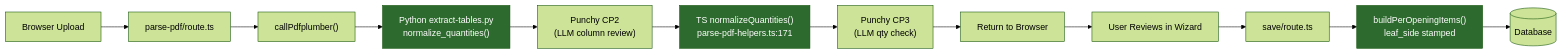
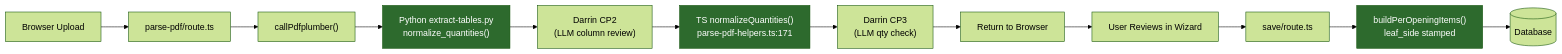
One commit to matt-RHC/door-hardware-tracker changed the second of 10 diagrams in docs/architecture/extraction-pipeline.md. Above: the diagram before and after it, drawn with Mermaid (forest theme). The commit also changed other lines of this file and 42 other files, not shown here.

First line of the commit message:
refactor: rename Punchy to Darrin across codebase

````diff
--- a/docs/architecture/extraction-pipeline.md
+++ b/docs/architecture/extraction-pipeline.md
@@ -78,18 +78,18 @@
 ```mermaid
 flowchart LR
     A["Browser Upload"] --> B["parse-pdf/route.ts"]
     B --> C["callPdfplumber()"]
     C --> D["Python extract-tables.py<br/>normalize_quantities()"]
-    D --> E["Punchy CP2<br/>(LLM column review)"]
+    D --> E["Darrin CP2<br/>(LLM column review)"]
     E --> F["TS normalizeQuantities()<br/>parse-pdf-helpers.ts:171"]
-    F --> G["Punchy CP3<br/>(LLM qty check)"]
+    F --> G["Darrin CP3<br/>(LLM qty check)"]
     G --> H["Return to Browser"]
     H --> I["User Reviews in Wizard"]
     I --> J["save/route.ts"]
     J --> K["buildPerOpeningItems()<br/>leaf_side stamped"]
     K --> L[(Database)]
     
     style D fill:#2d6a2d,color:#fff
     style F fill:#2d6a2d,color:#fff
     style K fill:#2d6a2d,color:#fff
 ```
````
